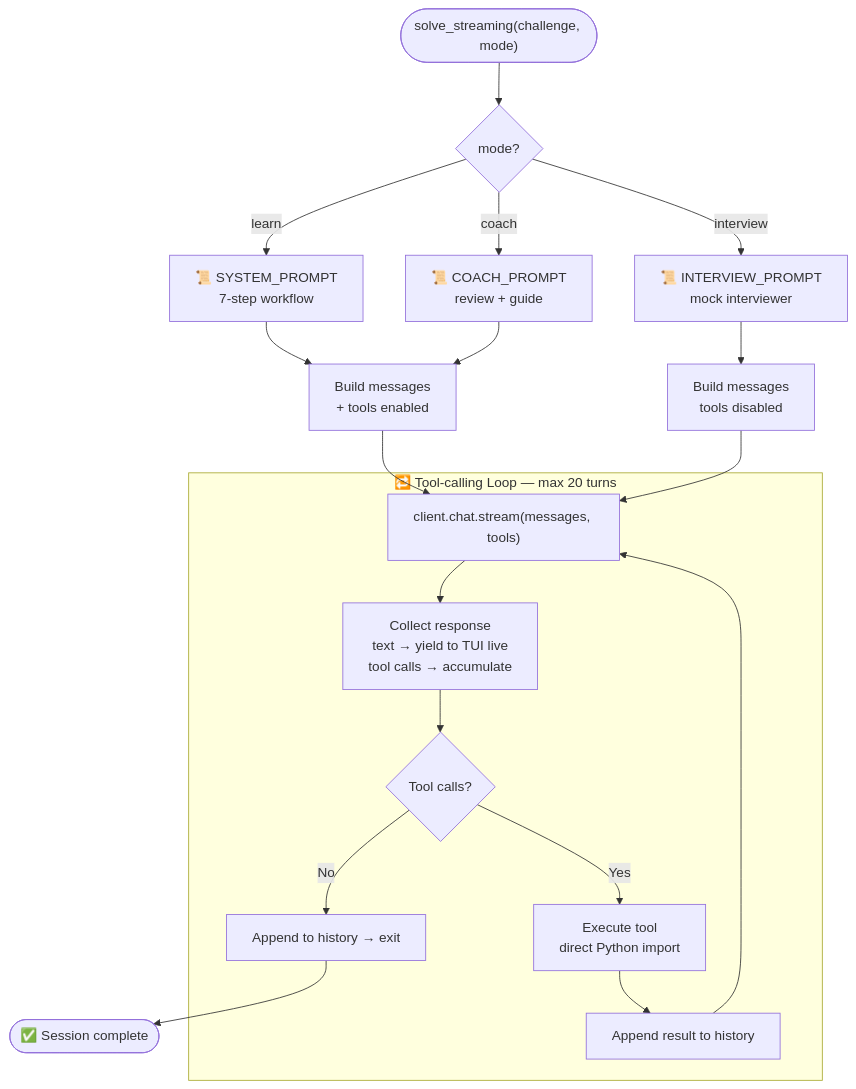
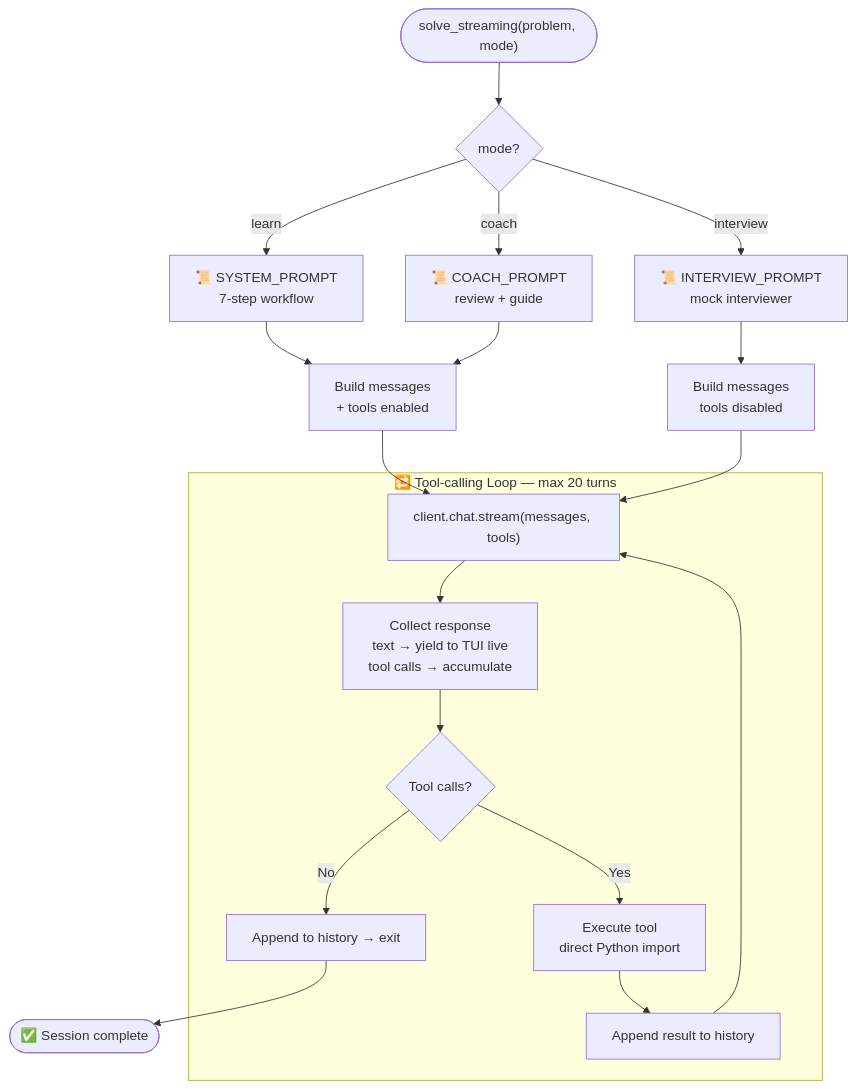
One commit to Hiba-Chaabnia/LeetVibe changed the fourth of 7 diagrams in README.md. Above: the diagram before and after it, drawn with Mermaid. The commit also changed other lines of this file and 34 other files, not shown here.

````diff
--- a/README.md
+++ b/README.md
@@ -306,28 +306,28 @@
 ```mermaid
 flowchart TD
-    Start(["solve_streaming(challenge, mode)"])
+    Start(["solve_streaming(problem, mode)"])
 
     Start --> SelectPrompt{mode?}
     SelectPrompt -- "learn" --> SP["📜 SYSTEM_PROMPT\n7-step workflow"]
     SelectPrompt -- "coach" --> CP["📜 COACH_PROMPT\nreview + guide"]
     SelectPrompt -- "interview" --> IP["📜 INTERVIEW_PROMPT\nmock interviewer"]
 
     SP & CP --> BuildMsg["Build messages\n+ tools enabled"]
     IP --> BuildMsgNoTools["Build messages\ntools disabled"]
 
     BuildMsg & BuildMsgNoTools --> Stream
 
     subgraph Loop["🔁 Tool-calling Loop — max 20 turns"]
         Stream["client.chat.stream(messages, tools)"]
         Collect["Collect response\ntext → yield to TUI live\ntool calls → accumulate"]
         Stream --> Collect
         Collect --> HasTools{"Tool calls?"}
 
         HasTools -- "No" --> Save["Append to history → exit"]
         HasTools -- "Yes" --> Exec["Execute tool\ndirect Python import"]
         Exec --> AppendResult["Append result to history"]
         AppendResult --> Stream
     end
 
     Save --> Done(["✅ Session complete"])
 ```
````
